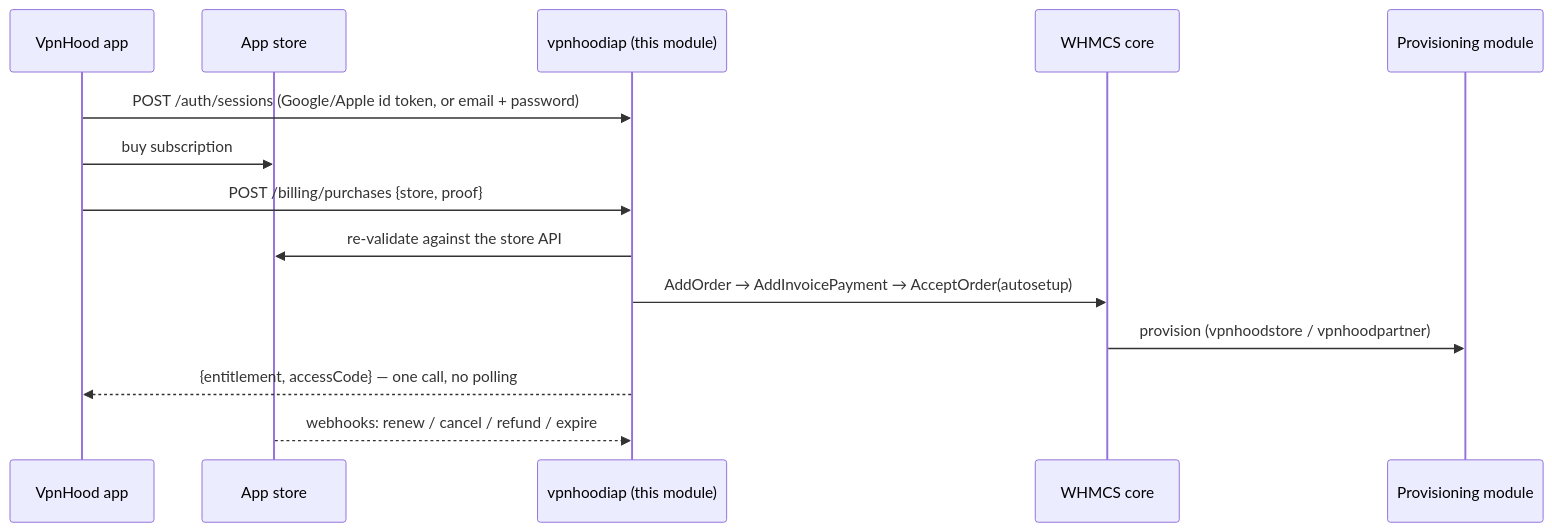
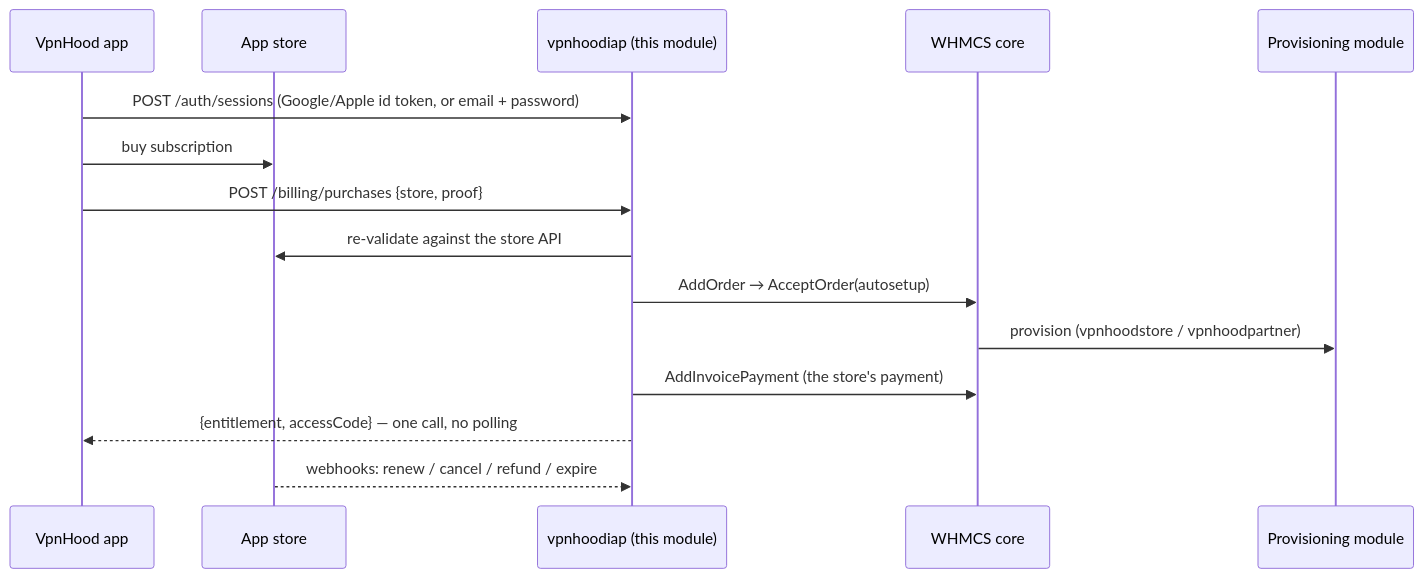
The diagram in README.md (vpnhood/VpnHood.WHMCS.Iap), drawn with Mermaid before and after one commit. The commit also changed other lines of this file and 9 other files, not shown here.

````diff
--- a/README.md
+++ b/README.md
@@ -13,17 +13,18 @@
 ```mermaid
 sequenceDiagram
     participant App as VpnHood app
     participant Store as App store
     participant Iap as vpnhoodiap (this module)
     participant WHMCS as WHMCS core
     participant Prov as Provisioning module
 
     App->>Iap: POST /auth/sessions (Google/Apple id token, or email + password)
     App->>Store: buy subscription
     App->>Iap: POST /billing/purchases {store, proof}
     Iap->>Store: re-validate against the store API
-    Iap->>WHMCS: AddOrder → AddInvoicePayment → AcceptOrder(autosetup)
+    Iap->>WHMCS: AddOrder → AcceptOrder(autosetup)
     WHMCS->>Prov: provision (vpnhoodstore / vpnhoodpartner)
+    Iap->>WHMCS: AddInvoicePayment (the store's payment)
     Iap-->>App: {entitlement, accessCode} — one call, no polling
     Store-->>Iap: webhooks: renew / cancel / refund / expire
 ```
````
